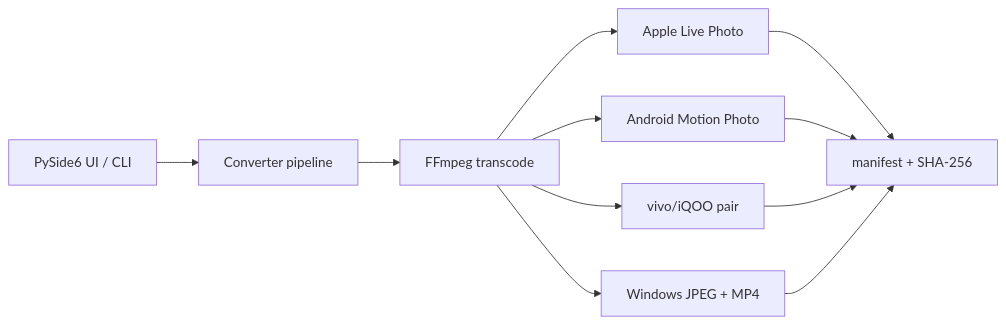
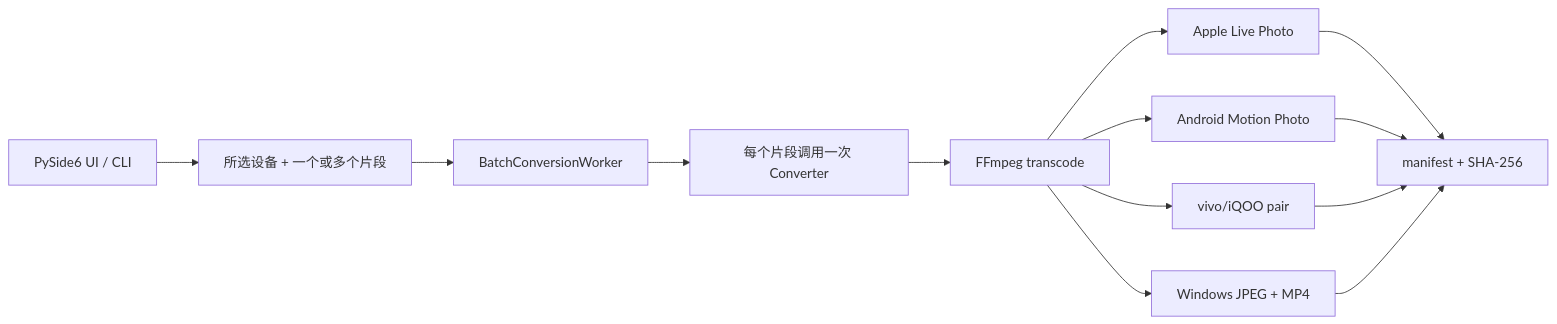
One commit to yangzhen-23/video-to-live-photo changed the diagram in docs/ARCHITECTURE.md. Above: the diagram before and after it, drawn with Mermaid. The commit also changed other lines of this file and 4 other files, not shown here.

```diff
--- a/docs/ARCHITECTURE.md
+++ b/docs/ARCHITECTURE.md
@@ -11,10 +11,12 @@
 ~~~mermaid
 flowchart LR
-    UI["PySide6 UI / CLI"] --> Pipeline["Converter pipeline"]
+    UI["PySide6 UI / CLI"] --> Targets["所选设备 + 一个或多个片段"]
+    Targets --> Batch["BatchConversionWorker"]
+    Batch --> Pipeline["每个片段调用一次 Converter"]
     Pipeline --> FFmpeg["FFmpeg transcode"]
     FFmpeg --> Apple["Apple Live Photo"]
     FFmpeg --> Android["Android Motion Photo"]
     FFmpeg --> Vivo["vivo/iQOO pair"]
     FFmpeg --> Windows["Windows JPEG + MP4"]
     Apple & Android & Vivo & Windows --> Manifest["manifest + SHA-256"]
 ~~~
```
